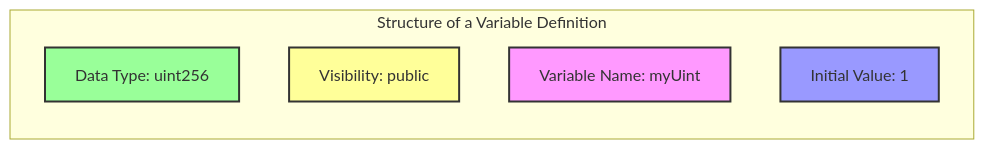
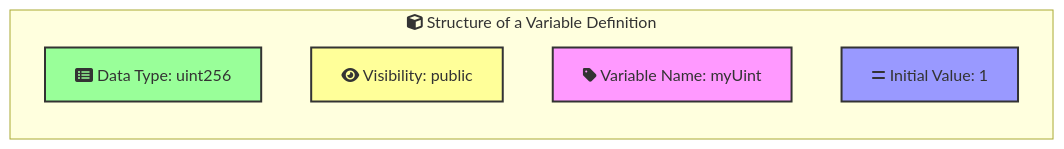
The fifth of 33 diagrams in _posts/2024-07-09-introduction-to-solidity.md (kelvin-bz/blog), drawn with Mermaid before and after one commit. The commit also changed other lines of this file, not shown here.

````diff
--- a/_posts/2024-07-09-introduction-to-solidity.md
+++ b/_posts/2024-07-09-introduction-to-solidity.md
@@ -323,21 +323,19 @@
 ```mermaid
 graph LR
     classDef variable fill:#f9f,stroke:#333,stroke-width:2px;
     classDef visibility fill:#ff9,stroke:#333,stroke-width:2px;
     classDef type fill:#9f9,stroke:#333,stroke-width:2px;
     classDef value fill:#99f,stroke:#333,stroke-width:2px;
 
-    dataType["Data Type: uint256"]:::type
-    visibilitySpecifier["Visibility: public"]:::visibility
-    variableName["Variable Name: myUint"]:::variable
-    initialValue["Initial Value: 1"]:::value
+    dataType["fa:fa-list-alt Data Type: uint256"]:::type
+    visibilitySpecifier["fa:fa-eye Visibility: public"]:::visibility
+    variableName["fa:fa-tag Variable Name: myUint"]:::variable
+    initialValue["fa:fa-equals Initial Value: 1"]:::value
 
-
-    subgraph variableStructure["Structure of a Variable Definition"]
+    subgraph variableStructure["fa:fa-cube Structure of a Variable Definition"]
         dataType
         visibilitySpecifier
         variableName
         initialValue
     end
-
 ```
````
